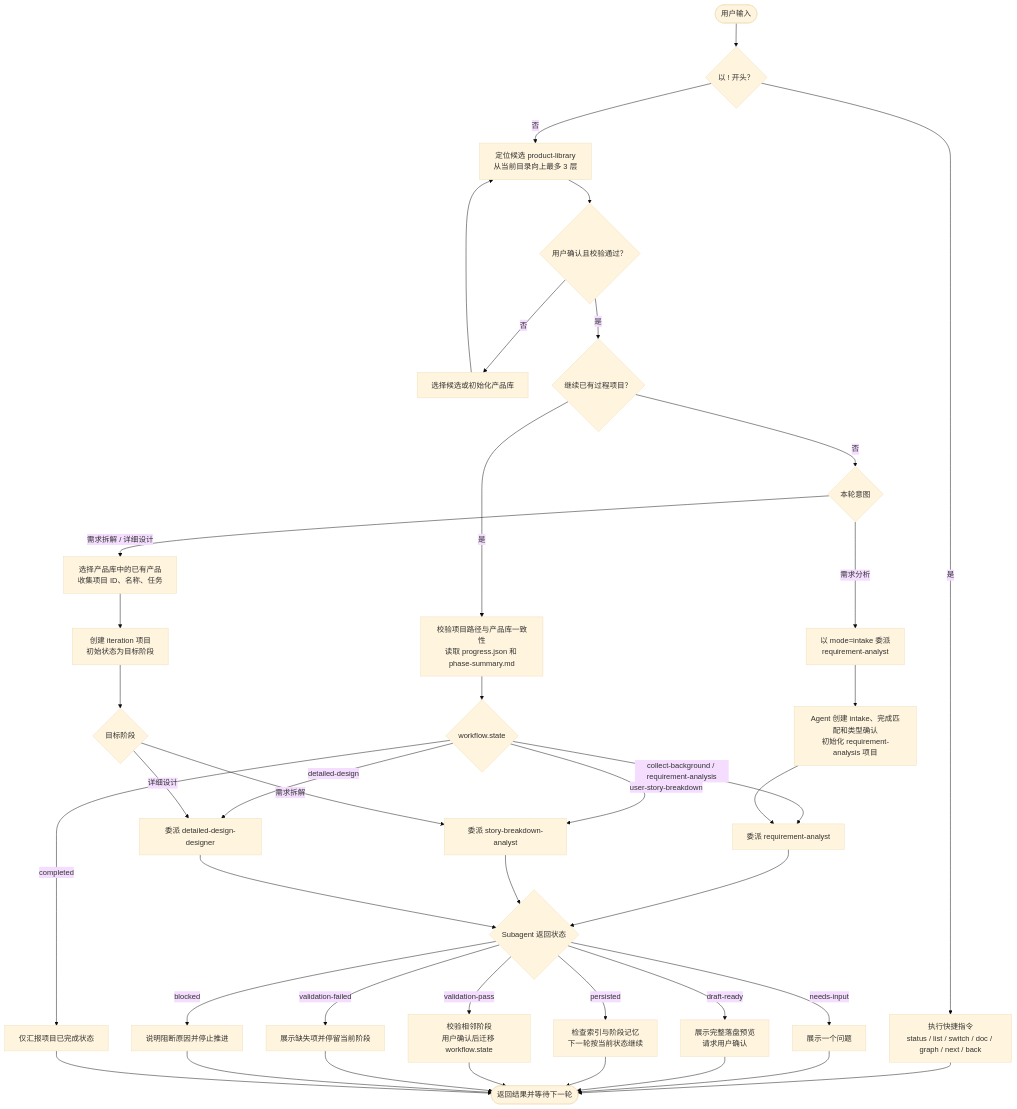
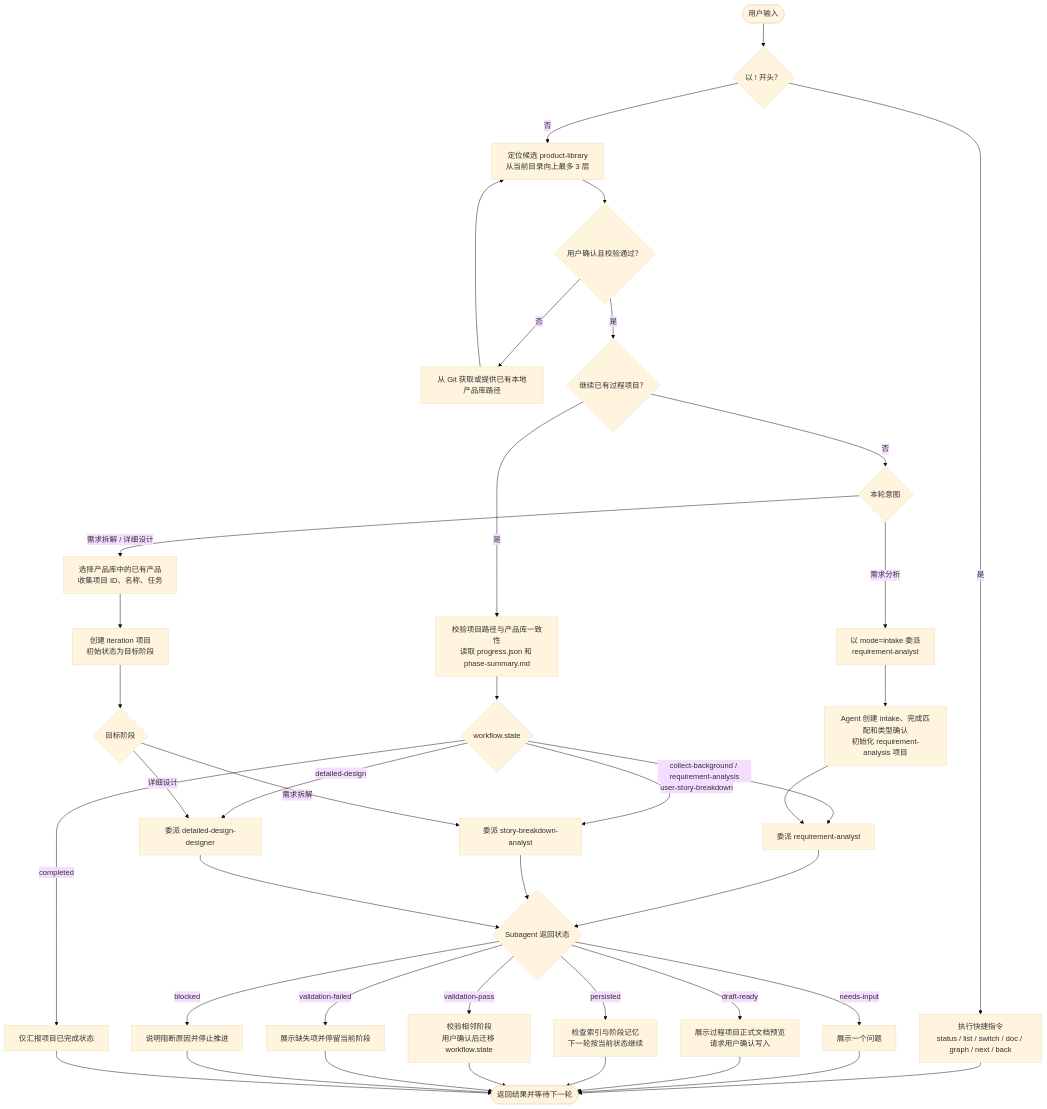
The diagram in README.md (Tiger0521/pm-orchestrator), drawn with Mermaid (base theme) before and after one commit. The commit also changed other lines of this file and 21 other files, not shown here.

````diff
--- a/README.md
+++ b/README.md
@@ -129,46 +129,46 @@
 ```mermaid
 flowchart TD
     Start([用户输入]) --> Shortcut{以 ! 开头？}
     Shortcut -- 是 --> Command[执行快捷指令<br/>status / list / switch / doc / graph / next / back]
     Command --> Wait([返回结果并等待下一轮])
 
     Shortcut -- 否 --> Library[定位候选 product-library<br/>从当前目录向上最多 3 层]
     Library --> LibraryOK{用户确认且校验通过？}
-    LibraryOK -- 否 --> InitLibrary[选择候选或初始化产品库]
-    InitLibrary --> Library
+    LibraryOK -- 否 --> AcquireLibrary[从 Git 获取或提供已有本地产品库路径]
+    AcquireLibrary --> Library
     LibraryOK -- 是 --> Project{继续已有过程项目？}
 
     Project -- 是 --> Restore[校验项目路径与产品库一致性<br/>读取 progress.json 和 phase-summary.md]
     Restore --> State{workflow.state}
     State -- collect-background / requirement-analysis --> RA[委派 requirement-analyst]
     State -- user-story-breakdown --> SB[委派 story-breakdown-analyst]
     State -- detailed-design --> DD[委派 detailed-design-designer]
     State -- completed --> Report[仅汇报项目已完成状态]
 
     Project -- 否 --> Intent{本轮意图}
     Intent -- 需求分析 --> Intake[以 mode=intake 委派<br/>requirement-analyst]
     Intake --> InitProject[Agent 创建 intake、完成匹配和类型确认<br/>初始化 requirement-analysis 项目]
     InitProject --> RA
     Intent -- 需求拆解 / 详细设计 --> Source[选择产品库中的已有产品<br/>收集项目 ID、名称、任务]
     Source --> Iteration[创建 iteration 项目<br/>初始状态为目标阶段]
     Iteration --> Target{目标阶段}
     Target -- 需求拆解 --> SB
     Target -- 详细设计 --> DD
 
     RA --> Result{Subagent 返回状态}
     SB --> Result
     DD --> Result
     Result -- needs-input --> Ask[展示一个问题]
     Ask --> Wait
-    Result -- draft-ready --> Confirm[展示完整落盘预览<br/>请求用户确认]
+    Result -- draft-ready --> Confirm[展示过程项目正式文档预览<br/>请求用户确认写入]
     Confirm --> Wait
     Result -- persisted --> Continue[检查索引与阶段记忆<br/>下一轮按当前状态继续]
     Result -- validation-pass --> Transition[校验相邻阶段<br/>用户确认后迁移 workflow.state]
     Result -- validation-failed --> Fix[展示缺失项并停留当前阶段]
     Result -- blocked --> Blocked[说明阻断原因并停止推进]
     Continue --> Wait
     Transition --> Wait
     Fix --> Wait
     Blocked --> Wait
     Report --> Wait
 ```
````
